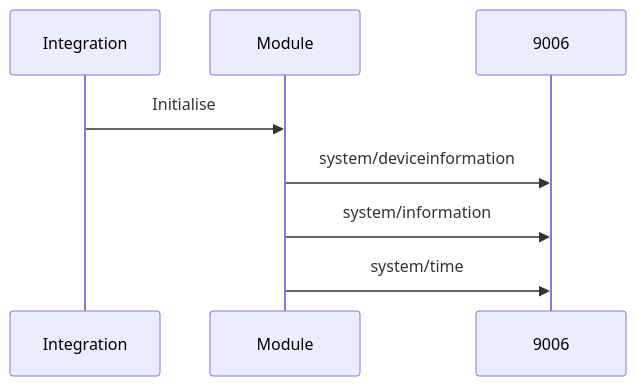
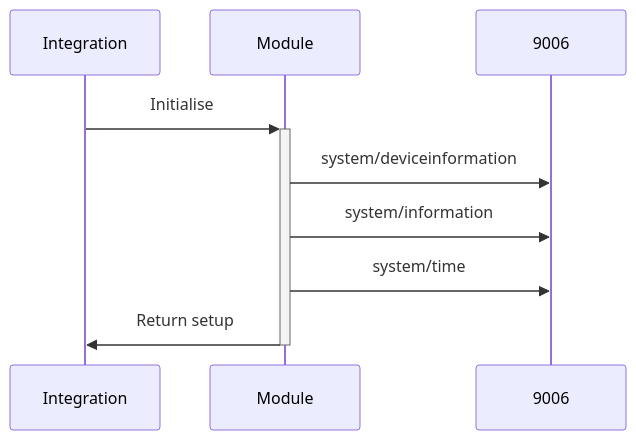
One commit to RogerSelwyn/test-mermaid changed the first of 2 diagrams in flowchart/README.md. Above: the diagram before and after it, drawn with Mermaid. The commit also changed other lines of this file, not shown here.

````diff
--- a/flowchart/README.md
+++ b/flowchart/README.md
@@ -5,10 +5,11 @@
 ```mermaid
 sequenceDiagram
 participant I as Integration
 participant M as Module
 participant J as 9006
-I->>M: Initialise
+I->>+M: Initialise
 M->>J: system/deviceinformation
 M->>J: system/information
 M->>J: system/time
+M->>-I: Return setup
 ```
````
